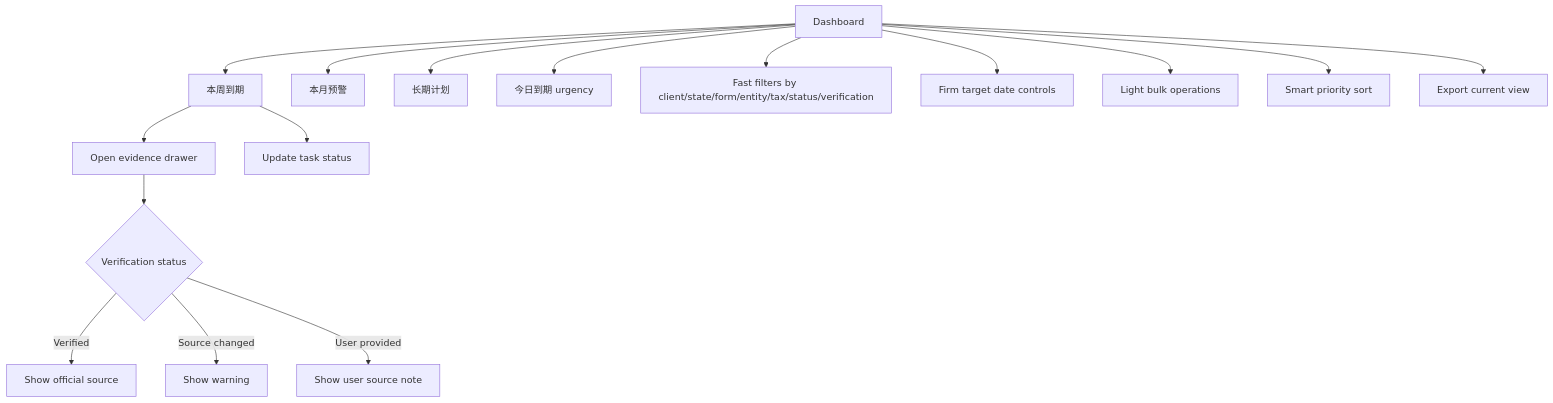
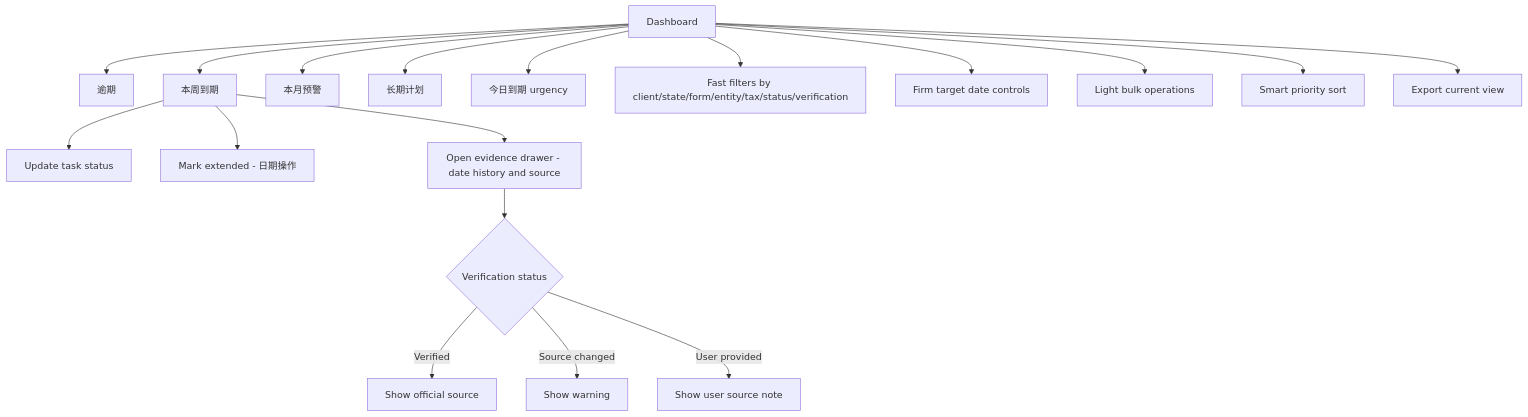
The diagram in specs/monday-triage-dashboard.zh.md (Yessenia-d/DueDateHQ), drawn with Mermaid before and after one commit. The commit also changed other lines of this file and 16 other files, not shown here.

````diff
--- a/specs/monday-triage-dashboard.zh.md
+++ b/specs/monday-triage-dashboard.zh.md
@@ -21,18 +22,20 @@
 ```mermaid
 flowchart TD
-  A[Dashboard] --> B[本周到期]
+  A[Dashboard] --> AA[逾期]
+  A --> B[本周到期]
   A --> C[本月预警]
   A --> D[长期计划]
   A --> L[今日到期 urgency]
-  B --> E[Open evidence drawer]
   B --> F[Update task status]
+  B --> EX[Mark extended - 日期操作]
+  B --> E[Open evidence drawer - date history and source]
   A --> G[Fast filters by client/state/form/entity/tax/status/verification]
   A --> O[Firm target date controls]
   A --> P[Light bulk operations]
   A --> N[Smart priority sort]
   E --> H{Verification status}
   H -- Verified --> I[Show official source]
   H -- Source changed --> J[Show warning]
   H -- User provided --> K[Show user source note]
   A --> M[Export current view]
 ```
````
